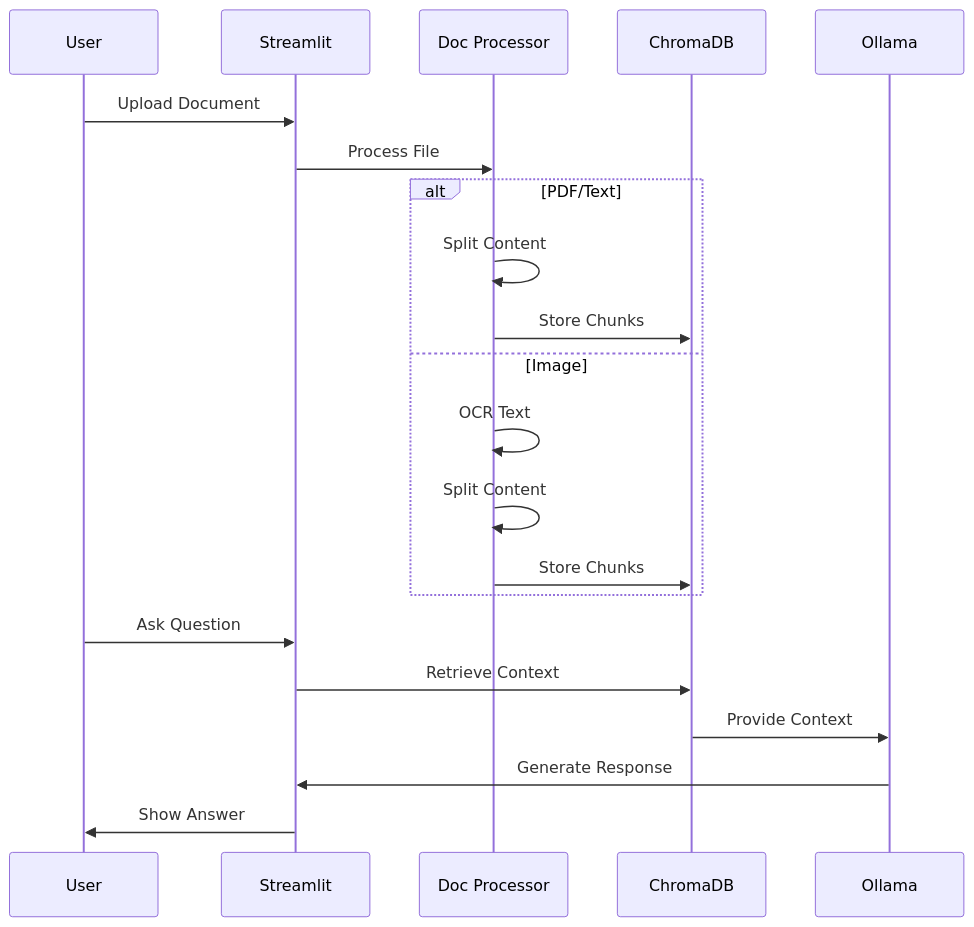
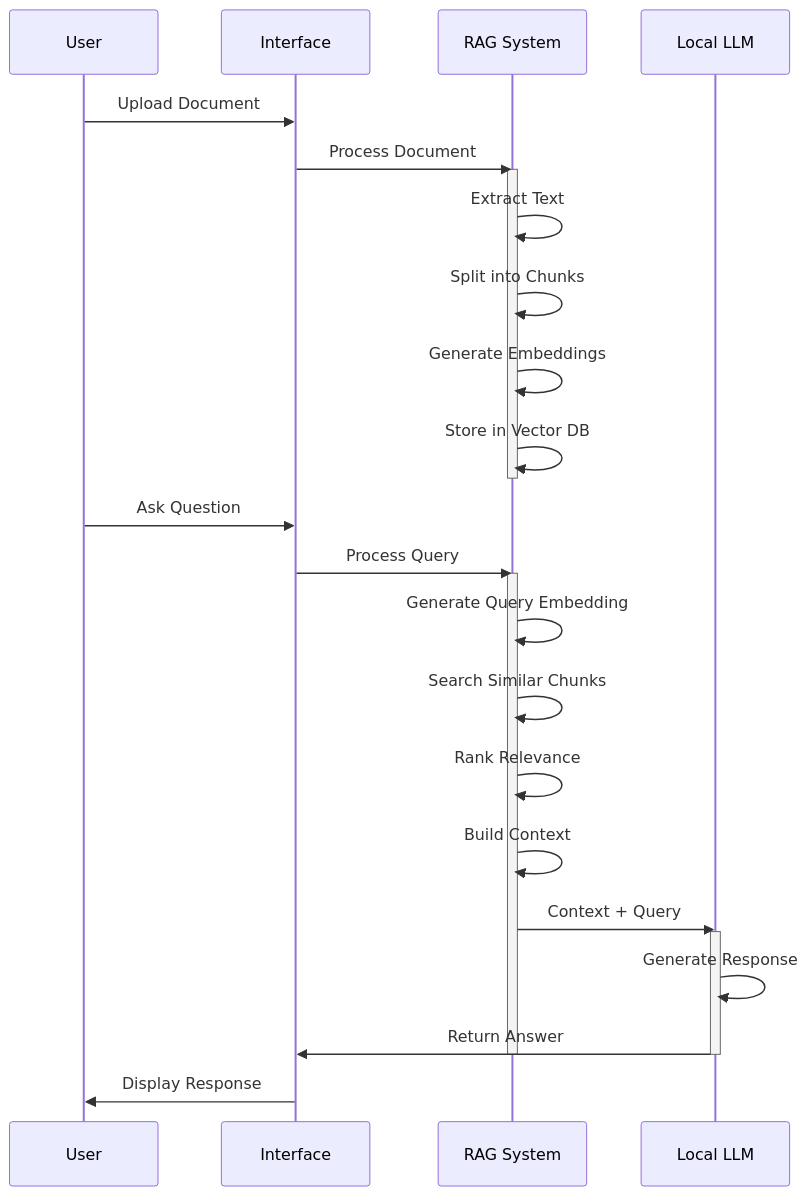
The second of 2 diagrams in README.md (khaosans/basic-chat), drawn with Mermaid before and after one commit. The commit also changed other lines of this file, not shown here.

````diff
--- a/README.md
+++ b/README.md
@@ -43,25 +66,31 @@
 ```mermaid
 sequenceDiagram
-    participant User
-    participant UI as Streamlit
-    participant DP as Doc Processor
-    participant DB as ChromaDB
-    participant LLM as Ollama
+    participant U as User
+    participant I as Interface
+    participant R as RAG System
+    participant L as Local LLM
 
-    User->>UI: Upload Document
-    UI->>DP: Process File
-    alt PDF/Text
-        DP->>DP: Split Content
-        DP->>DB: Store Chunks
-    else Image
-        DP->>DP: OCR Text
-        DP->>DP: Split Content
-        DP->>DB: Store Chunks
-    end
+    U->>I: Upload Document
+    I->>R: Process Document
+    activate R
+    R->>R: Extract Text
+    R->>R: Split into Chunks
+    R->>R: Generate Embeddings
+    R->>R: Store in Vector DB
+    deactivate R
 
-    User->>UI: Ask Question
-    UI->>DB: Retrieve Context
-    DB->>LLM: Provide Context
-    LLM->>UI: Generate Response
-    UI->>User: Show Answer
+    U->>I: Ask Question
+    I->>R: Process Query
+    activate R
+    R->>R: Generate Query Embedding
+    R->>R: Search Similar Chunks
+    R->>R: Rank Relevance
+    R->>R: Build Context
+    R->>L: Context + Query
+    activate L
+    L->>L: Generate Response
+    L->>I: Return Answer
+    deactivate L
+    deactivate R
+    I->>U: Display Response
 ```
````
